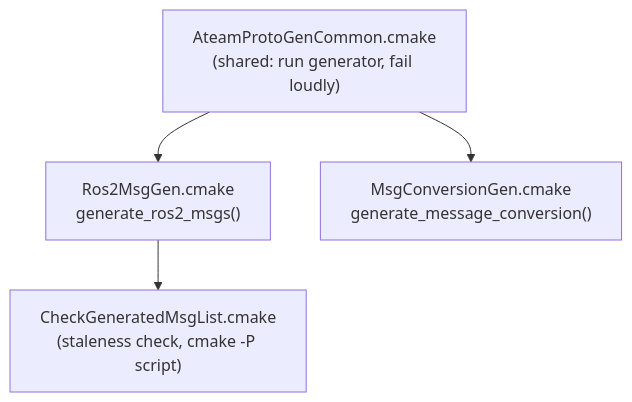
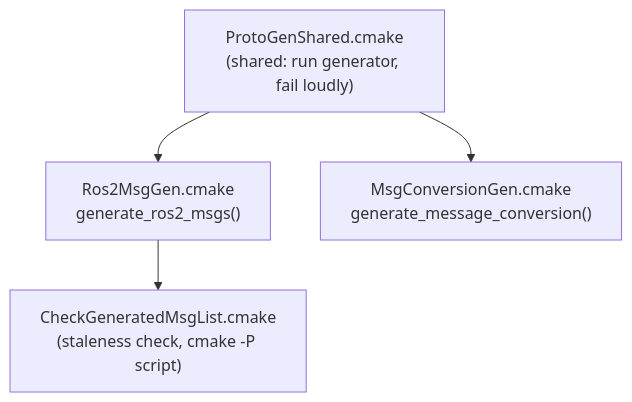
One commit to SSL-A-Team/ssl_ros_bridge changed the third of 4 diagrams in ARCHITECTURE.md. Above: the diagram before and after it, drawn with Mermaid. The commit also changed other lines of this file and 10 other files, not shown here.

````diff
--- a/ARCHITECTURE.md
+++ b/ARCHITECTURE.md
@@ -143,11 +143,11 @@
 ```mermaid
 flowchart TD
-    common["AteamProtoGenCommon.cmake\n(shared: run generator, fail loudly)"]
+    common["ProtoGenShared.cmake\n(shared: run generator, fail loudly)"]
     r2m["Ros2MsgGen.cmake\ngenerate_ros2_msgs()"]
     mcg["MsgConversionGen.cmake\ngenerate_message_conversion()"]
     chk["CheckGeneratedMsgList.cmake\n(staleness check, cmake -P script)"]
 
     common --> r2m
     common --> mcg
     r2m --> chk
 ```
````
